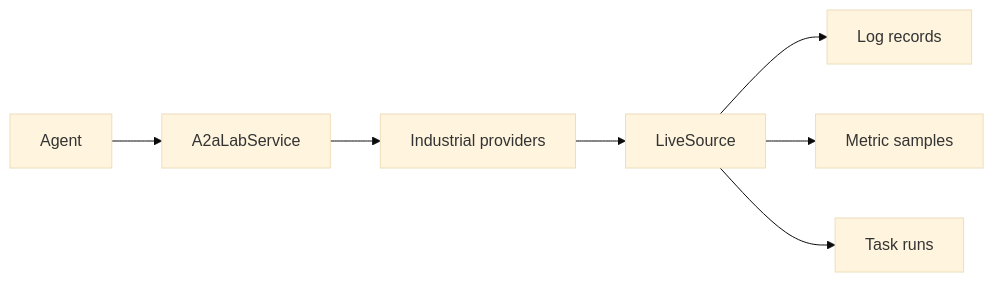
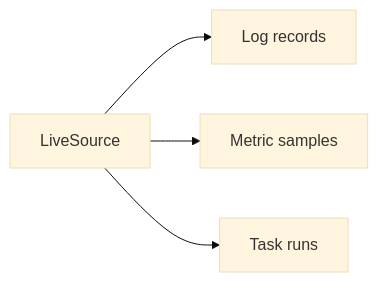
The diagram in backlog/docs/reference/opc-ua/doc-7 - OPC-UA.md (A3Analytics/a2a-lab-dev-kit-rs), drawn with Mermaid (base theme) before and after one commit. The commit also changed other lines of this file and 14 other files, not shown here.

Commit message:
Group the Wiki into interfaces and providers so both sides of A2aLabService are explicit.

````diff
--- a/backlog/docs/reference/opc-ua/doc-7 - OPC-UA.md
+++ b/backlog/docs/reference/opc-ua/doc-7 - OPC-UA.md
@@ -17,11 +17,8 @@
 ```mermaid
 flowchart LR
-  accTitle: OPC UA fulfills primitive values
-  accDescr: An agent calls A2aLabService. A2aLabService calls industrial providers. Those providers read LiveSource. LiveSource returns log records, metric samples, and task runs for the bound OPC UA node.
-  agent["Agent"] --> service["A2aLabService"]
-  service --> providers["Industrial providers"]
-  providers --> live["LiveSource"]
-  live --> logs["Log records"]
+  accTitle: OPC UA supplies primitive values
+  accDescr: LiveSource reads a bound OPC UA node and returns log records, metric samples, and task runs.
+  live["LiveSource"] --> logs["Log records"]
   live --> metrics["Metric samples"]
   live --> tasks["Task runs"]
 ```
````
